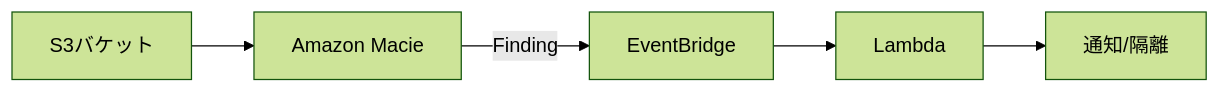
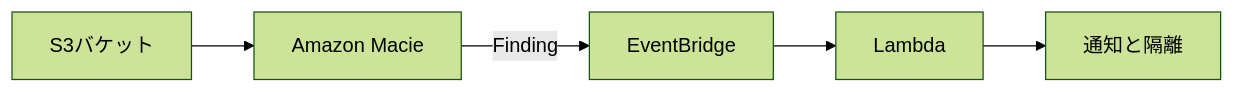
One commit to hiroki0202/aws-sap-study changed the third of 5 diagrams in themes/03-security-audit.md. Above: the diagram before and after it, drawn with Mermaid (forest theme). The commit also changed other lines of this file, not shown here.

Commit message:
テーマ3: Mermaid図の構文エラー修正（自己ループ・スラッシュ）

````diff
--- a/themes/03-security-audit.md
+++ b/themes/03-security-audit.md
@@ -89,7 +90,7 @@
 ```mermaid
 flowchart LR
   S3[S3バケット] --> Macie[Amazon Macie]
   Macie -- Finding --> EB[EventBridge]
   EB --> Lambda[Lambda]
-  Lambda --> 通知/隔離
+  Lambda --> 通知と隔離
 ```
````
